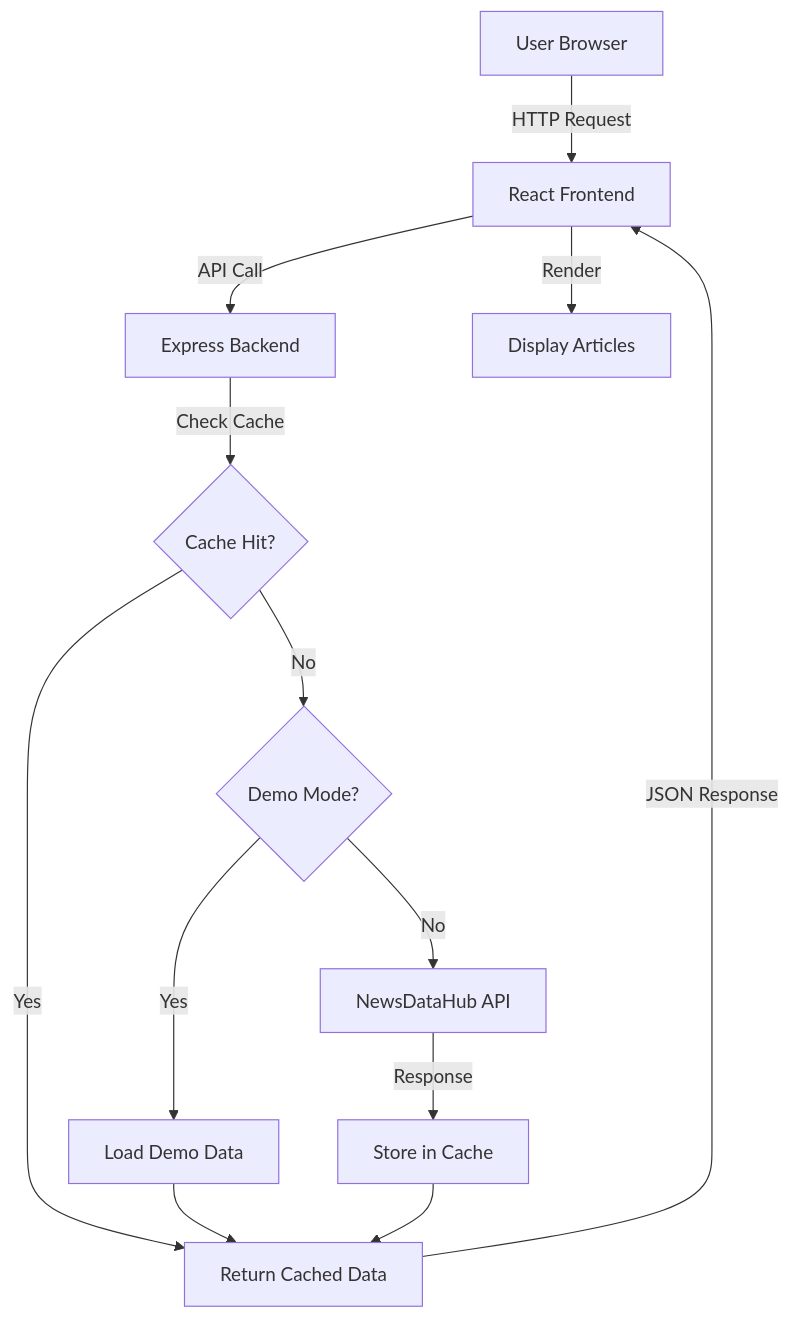
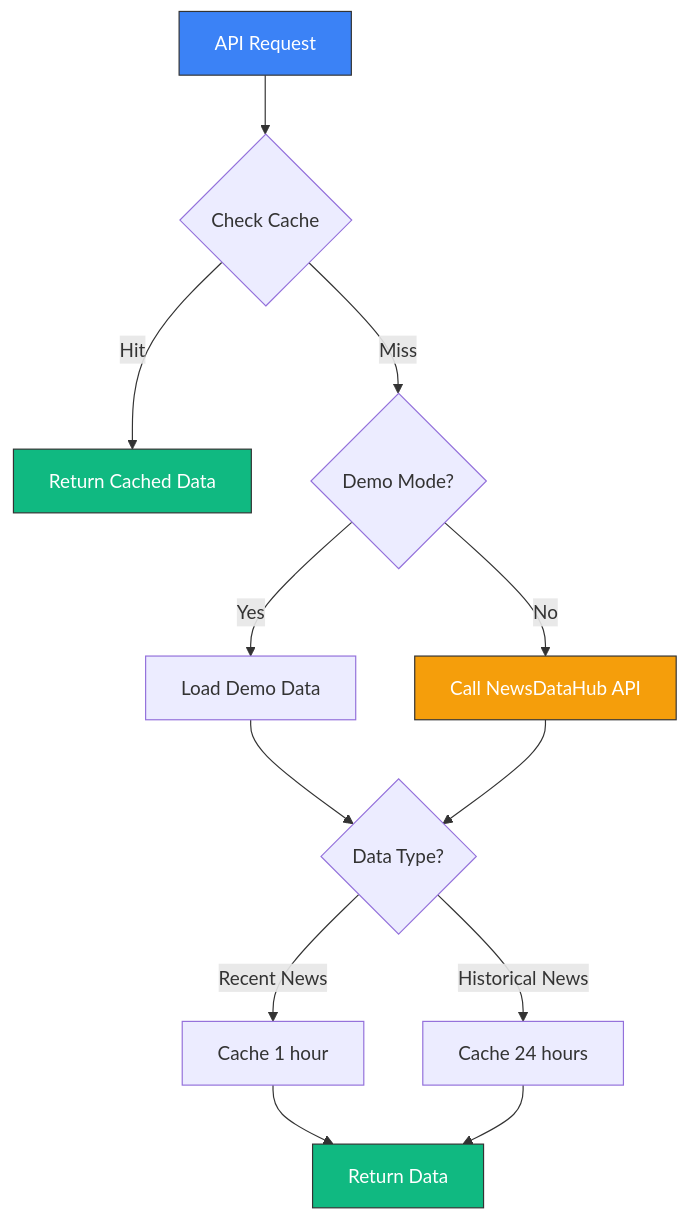
The second of 4 diagrams in README.md (newsdatahub/newsdatahub-news-aggregator), drawn with Mermaid before and after one commit. The commit also changed other lines of this file and 88 other files, not shown here.

````diff
--- a/README.md
+++ b/README.md
@@ -58,15 +128,19 @@
 ```mermaid
 graph TD
-    A[User Browser] -->|HTTP Request| B[React Frontend]
-    B -->|API Call| C[Express Backend]
-    C -->|Check Cache| D{Cache Hit?}
-    D -->|Yes| E[Return Cached Data]
-    D -->|No| F{Demo Mode?}
-    F -->|Yes| G[Load Demo Data]
-    F -->|No| H[NewsDataHub API]
-    H -->|Response| I[Store in Cache]
-    G --> E
-    I --> E
-    E -->|JSON Response| B
-    B -->|Render| J[Display Articles]
+    A[API Request] --> B{Check Cache}
+    B -->|Hit| C[Return Cached Data]
+    B -->|Miss| D{Demo Mode?}
+    D -->|Yes| E[Load Demo Data]
+    D -->|No| F[Call NewsDataHub API]
+    E --> G{Data Type?}
+    F --> G
+    G -->|Recent News| H[Cache 1 hour]
+    G -->|Historical News| I[Cache 24 hours]
+    H --> J[Return Data]
+    I --> J
+
+    style A fill:#3b82f6,stroke:#333,color:#fff
+    style C fill:#10b981,stroke:#333,color:#fff
+    style J fill:#10b981,stroke:#333,color:#fff
+    style F fill:#f59e0b,stroke:#333,color:#fff
 ```
````
